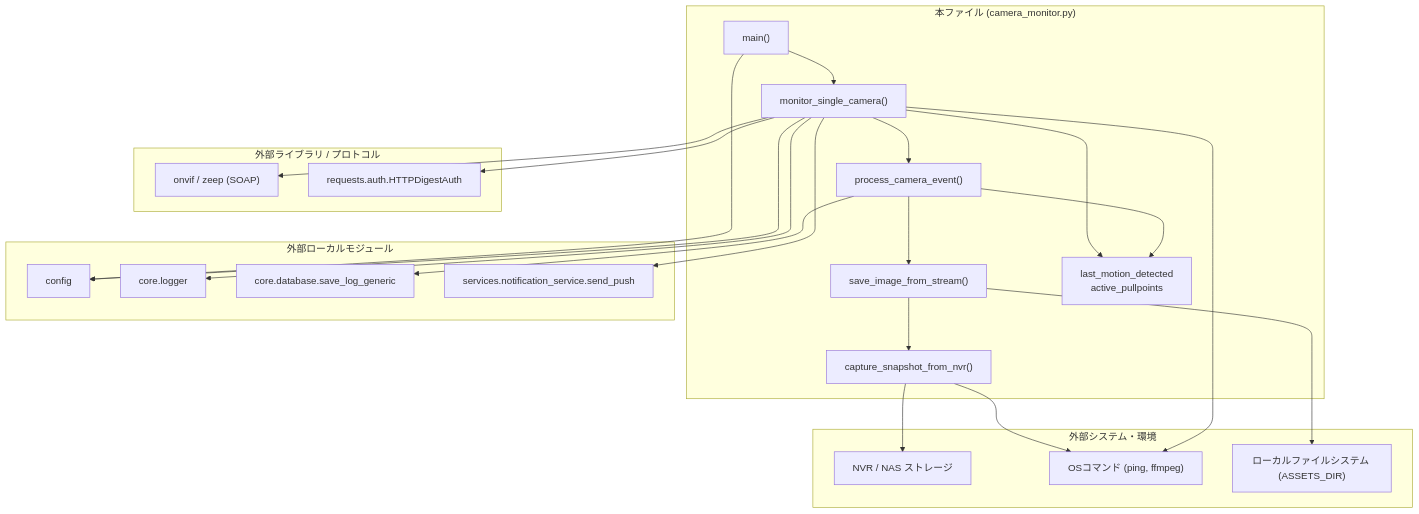
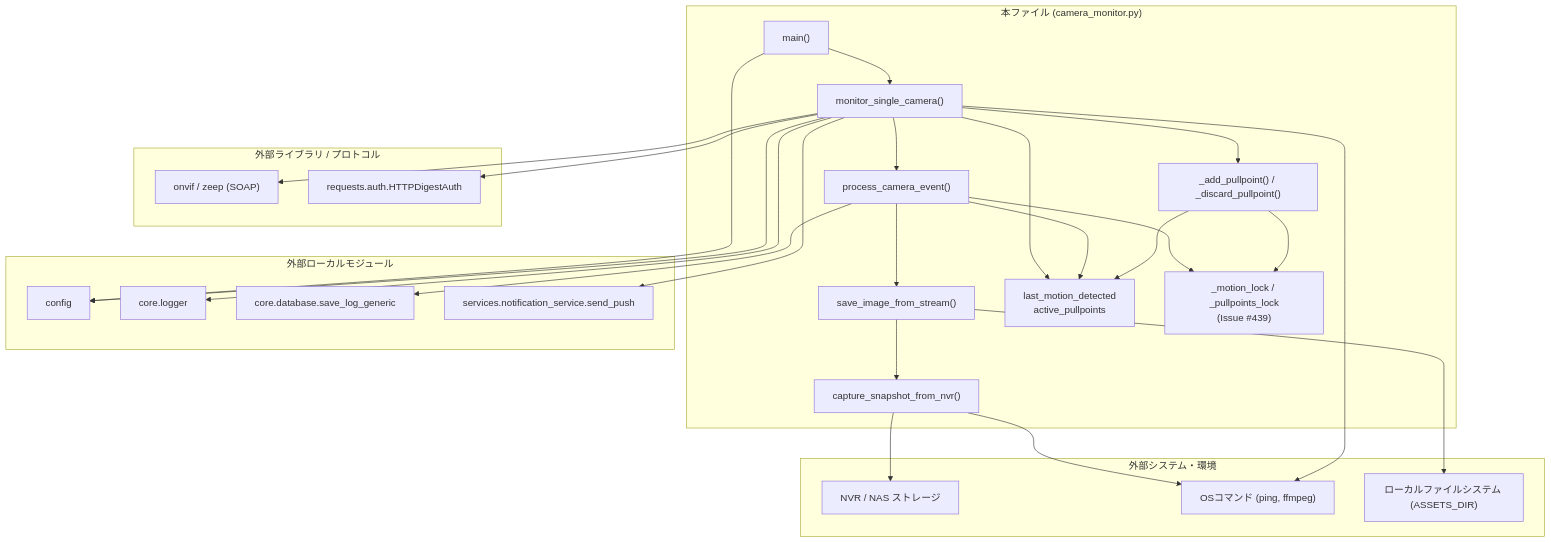
The second of 2 diagrams in docs/specifications/MY_HOME_SYSTEM/camera_monitor.md (mmtigers/my_python_project), drawn with Mermaid before and after one commit. The commit also changed other lines of this file and 87 other files, not shown here.

````diff
--- a/docs/specifications/MY_HOME_SYSTEM/camera_monitor.md
+++ b/docs/specifications/MY_HOME_SYSTEM/camera_monitor.md
@@ -382,49 +436,55 @@
 ```mermaid
 graph TD
     subgraph "本ファイル (camera_monitor.py)"
         Main["main()"]
         Monitor["monitor_single_camera()"]
         Process["process_camera_event()"]
         Snapshot["capture_snapshot_from_nvr()"]
         SaveImg["save_image_from_stream()"]
         GlobalVars["last_motion_detected<br/>active_pullpoints"]
+        Locks["_motion_lock / _pullpoints_lock<br/>(Issue #439)"]
+        PullpointHelpers["_add_pullpoint() / _discard_pullpoint()"]
         
         Main --> Monitor
         Monitor --> Process
         Process --> SaveImg
         SaveImg --> Snapshot
         Monitor --> GlobalVars
         Process --> GlobalVars
+        Process --> Locks
+        Monitor --> PullpointHelpers
+        PullpointHelpers --> Locks
+        PullpointHelpers --> GlobalVars
     end
 
     subgraph "外部ローカルモジュール"
         Config["config"]
         Logger["core.logger"]
         DBLog["core.database.save_log_generic"]
         Notify["services.notification_service.send_push"]
     end
 
     subgraph "外部ライブラリ / プロトコル"
         ONVIF_Lib["onvif / zeep (SOAP)"]
         RequestAuth["requests.auth.HTTPDigestAuth"]
     end
 
     subgraph "外部システム・環境"
         NVR_NAS["NVR / NAS ストレージ"]
         OS_Cmd["OSコマンド (ping, ffmpeg)"]
         FileSystem["ローカルファイルシステム (ASSETS_DIR)"]
     end
 
     Main --> Config
     Monitor --> Config
     Monitor --> Logger
     Process --> DBLog
     Monitor --> Notify
     Monitor --> ONVIF_Lib
     Monitor --> RequestAuth
     Snapshot --> OS_Cmd
     Monitor --> OS_Cmd
     Snapshot --> NVR_NAS
     SaveImg --> FileSystem
 
 ```
````
